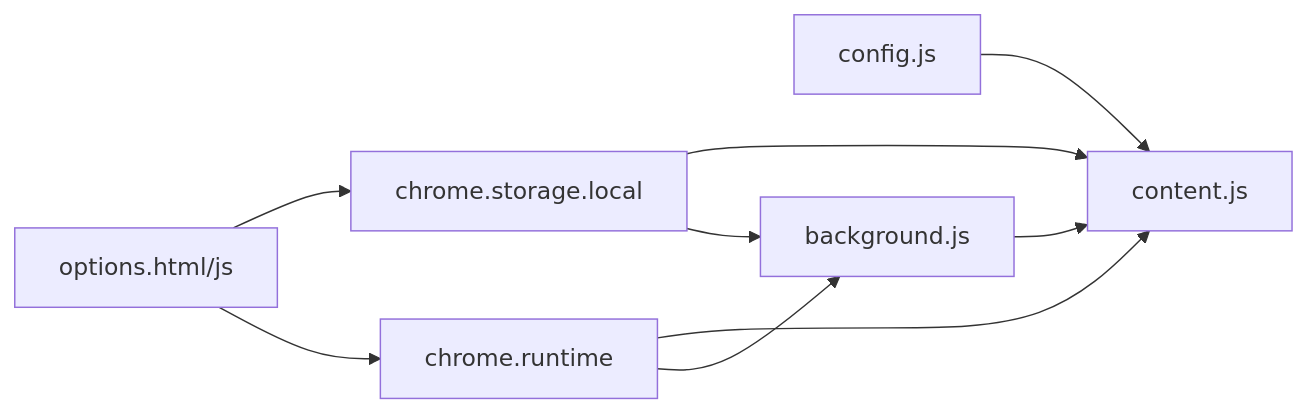
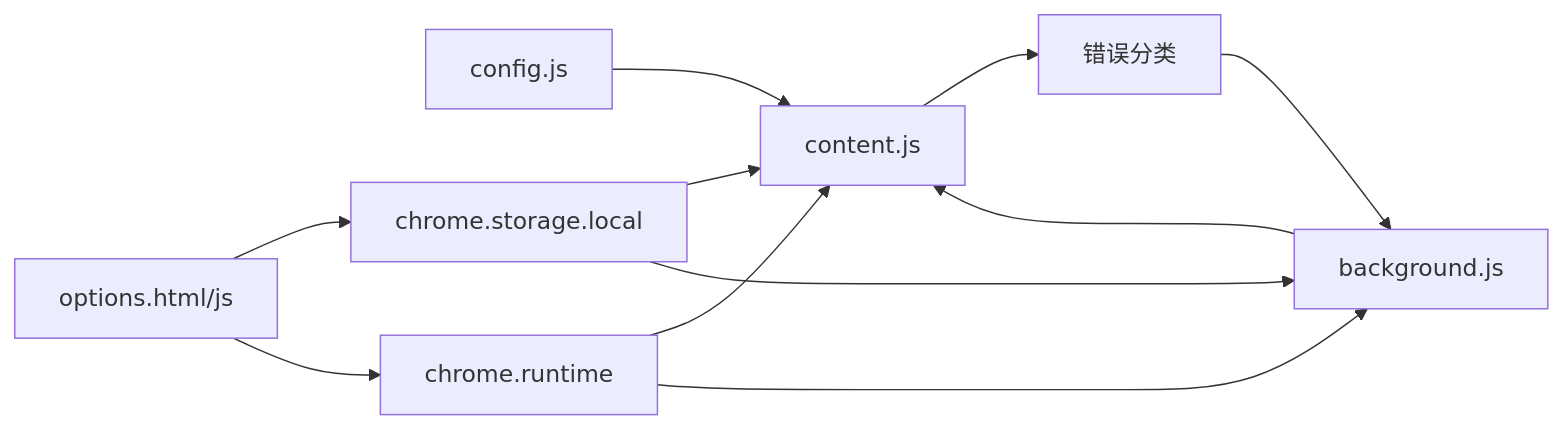
Before and after one commit to binasi/Img2Prompt: the fourth of 4 diagrams in .qoder/repowiki/zh/content/开发指南/功能开发/前端界面开发/内容脚本用户界面.md, drawn with Mermaid. The commit also changed other lines of this file and 9 other files, not shown here.

````diff
--- a/.qoder/repowiki/zh/content/开发指南/功能开发/前端界面开发/内容脚本用户界面.md
+++ b/.qoder/repowiki/zh/content/开发指南/功能开发/前端界面开发/内容脚本用户界面.md
@@ -341,11 +361,13 @@
 ```mermaid
 graph LR
 CFG["config.js"] --> CS["content.js"]
 BG["background.js"] --> CS
 ST["chrome.storage.local"] --> CS
 RT["chrome.runtime"] --> CS
 RT --> BG
 ST --> BG
+ERR["错误分类"] --> BG
+CS --> ERR
 OPT["options.html/js"] --> ST
 OPT --> RT
 ```
````
